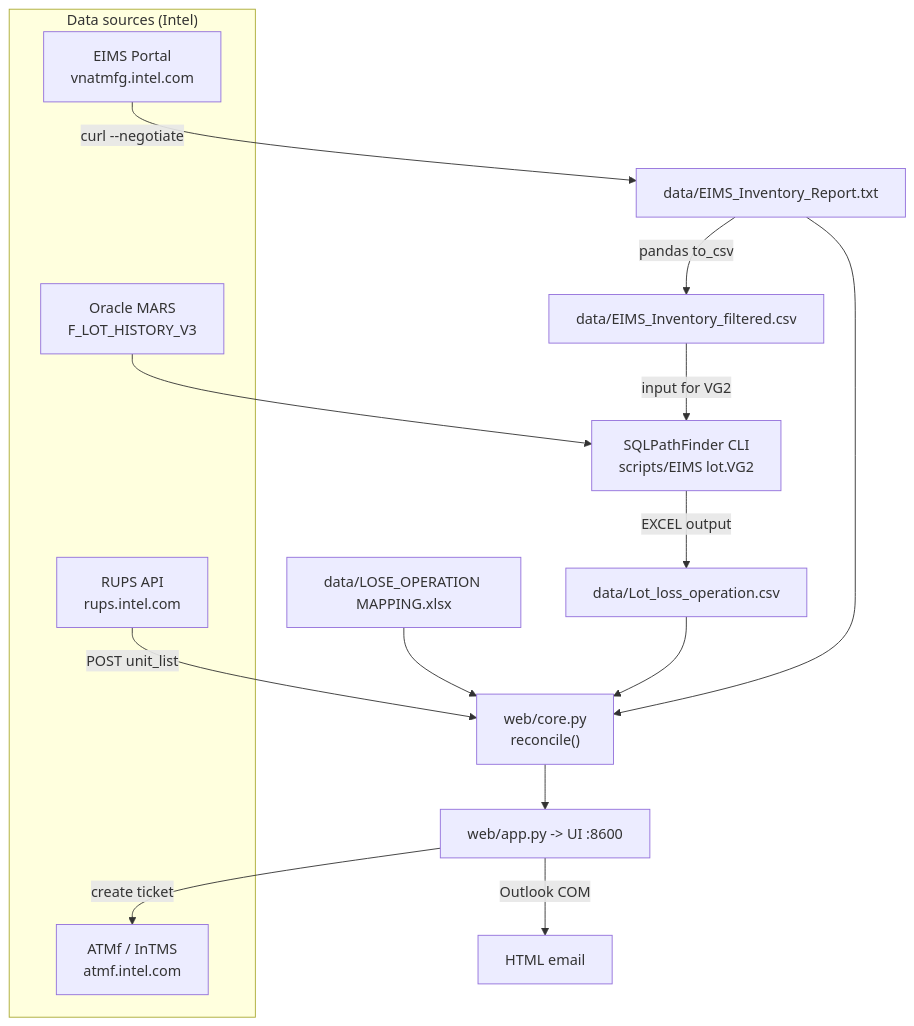
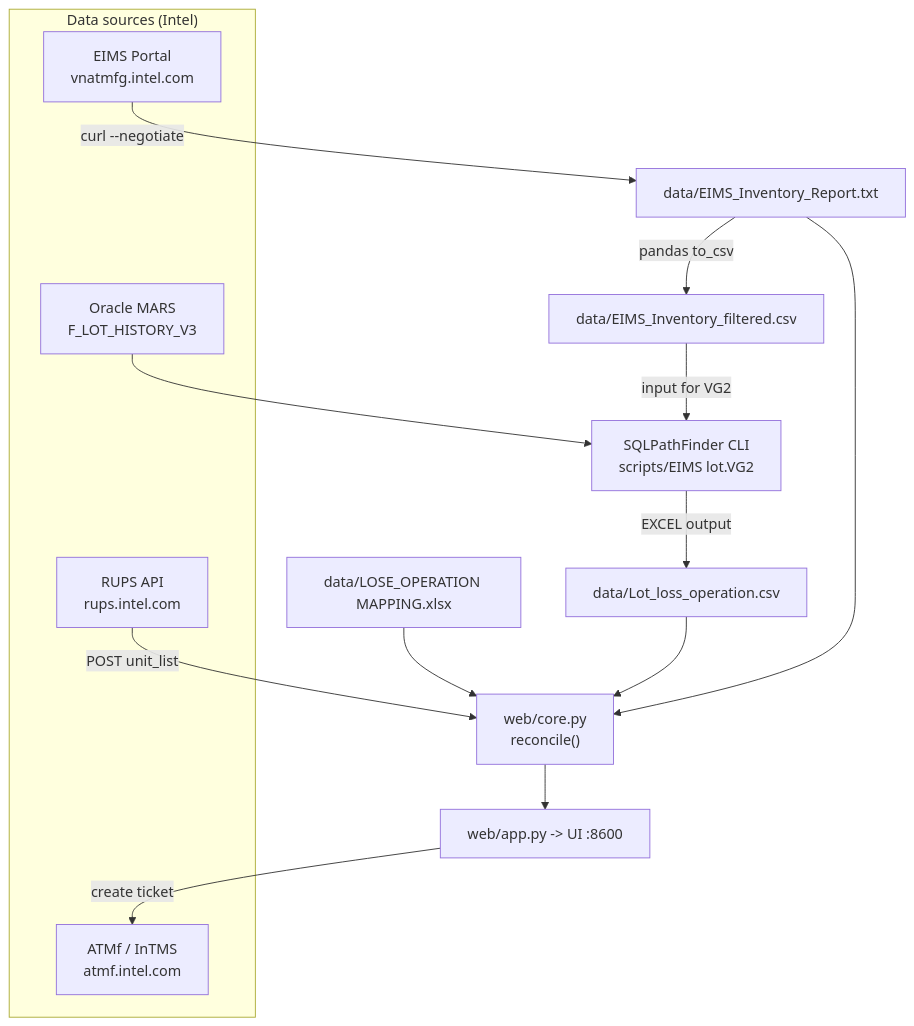
Before and after one commit to ngocluup/Reject-Diposition: the diagram in WORKFLOW.md, drawn with Mermaid. The commit also changed other lines of this file and 7 other files, not shown here.

````diff
--- a/WORKFLOW.md
+++ b/WORKFLOW.md
@@ -81,24 +81,23 @@
 ```mermaid
 flowchart TD
     subgraph Sources["Data sources (Intel)"]
         E["EIMS Portal<br/>vnatmfg.intel.com"]
         R["RUPS API<br/>rups.intel.com"]
         M["Oracle MARS<br/>F_LOT_HISTORY_V3"]
         A["ATMf / InTMS<br/>atmf.intel.com"]
     end
 
     E -->|"curl --negotiate"| F1["data/EIMS_Inventory_Report.txt"]
     F1 -->|"pandas to_csv"| F2["data/EIMS_Inventory_filtered.csv"]
     F2 -->|"input for VG2"| SPF["SQLPathFinder CLI<br/>scripts/EIMS lot.VG2"]
     M --> SPF
     SPF -->|"EXCEL output"| F3["data/Lot_loss_operation.csv"]
 
     F1 --> CORE["web/core.py<br/>reconcile()"]
     F3 --> CORE
     R -->|"POST unit_list"| CORE
     X["data/LOSE_OPERATION MAPPING.xlsx"] --> CORE
 
     CORE --> UI["web/app.py -> UI :8600"]
     UI -->|"create ticket"| A
-    UI -->|"Outlook COM"| MAIL["HTML email"]
 ```
````
